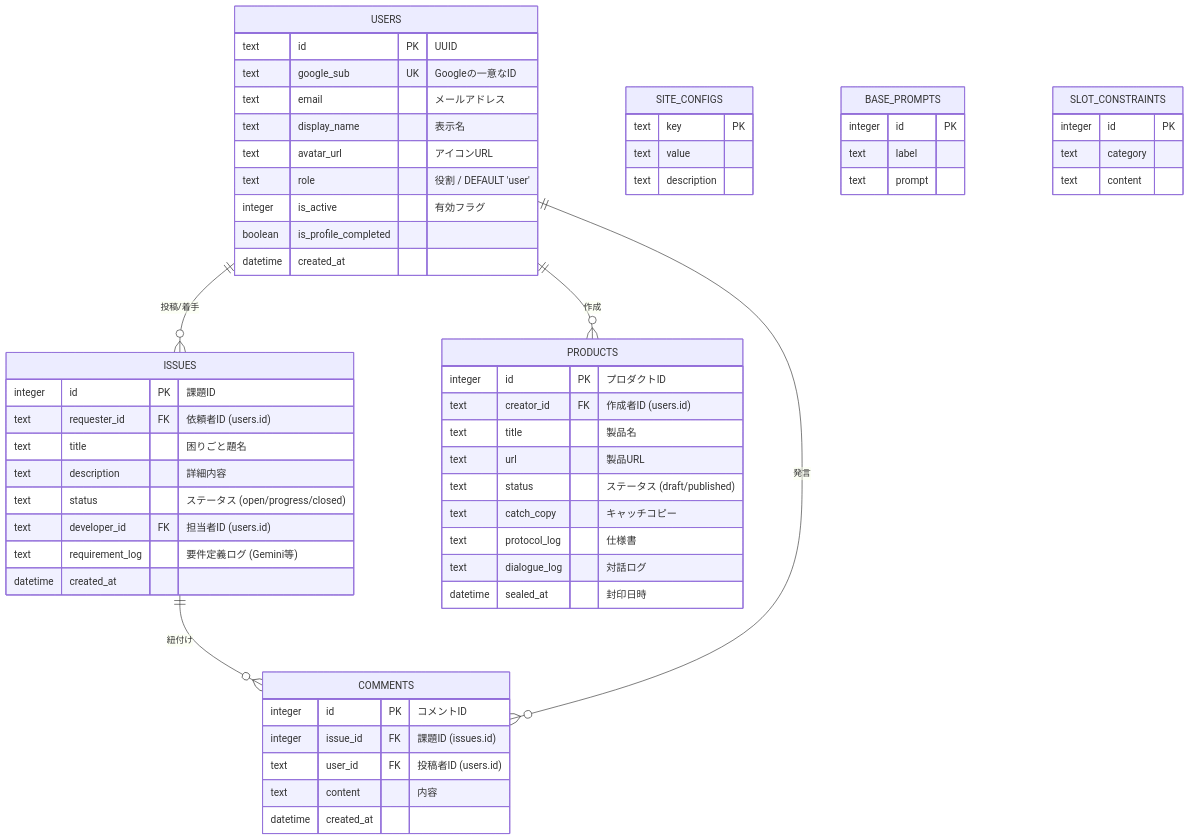
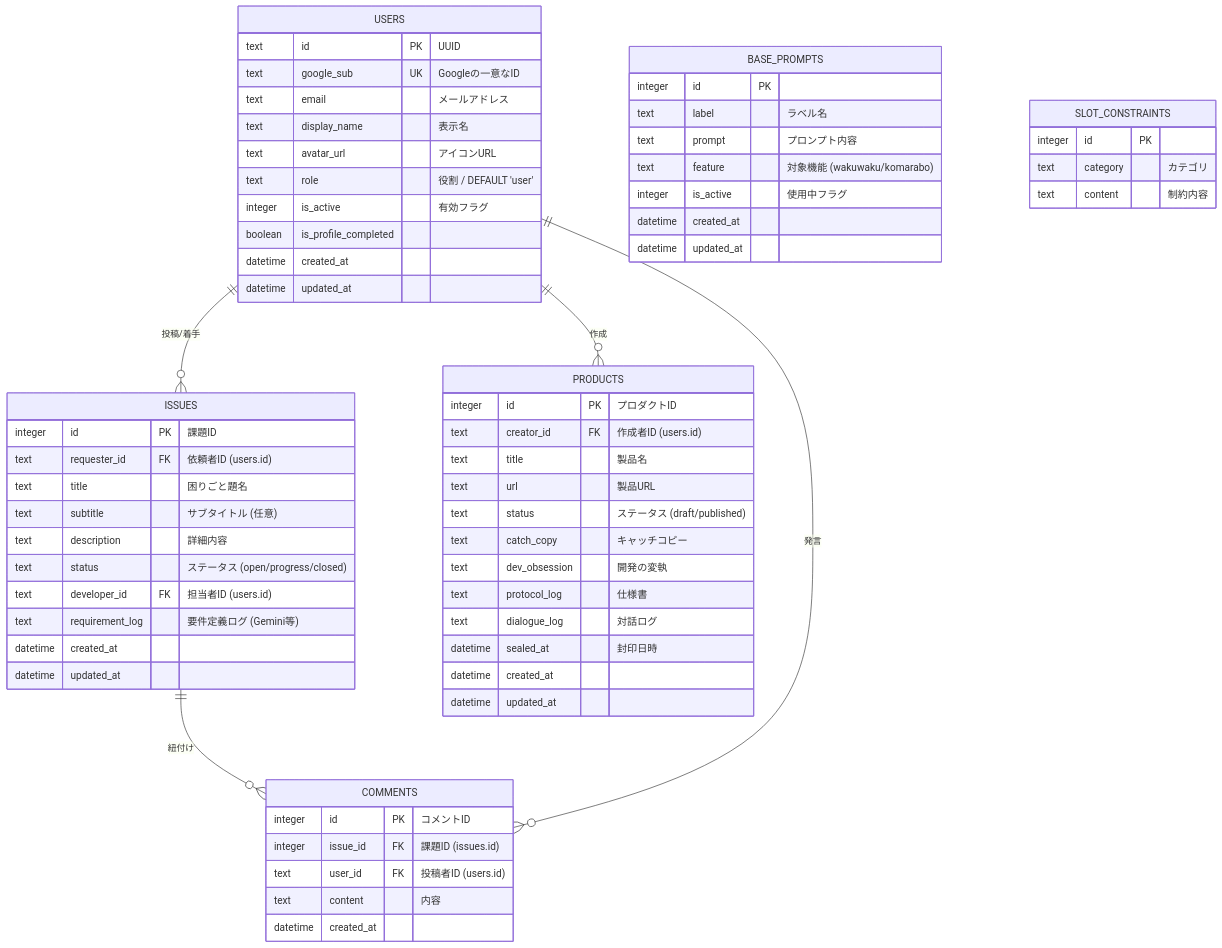
One commit to matsutanishimpei/m-komarabo-v2 changed the first of 2 diagrams in DOCS_SUMMARY.md. Above: the diagram before and after it, drawn with Mermaid. The commit also changed other lines of this file and 3 other files, not shown here.

````diff
--- a/DOCS_SUMMARY.md
+++ b/DOCS_SUMMARY.md
@@ -53,68 +56,72 @@
 ```mermaid
 erDiagram
     USERS {
         text id PK "UUID"
         text google_sub UK "Googleの一意なID"
         text email "メールアドレス"
         text display_name "表示名"
         text avatar_url "アイコンURL"
         text role "役割 / DEFAULT 'user'"
         integer is_active "有効フラグ"
         boolean is_profile_completed
         datetime created_at
+        datetime updated_at
     }
 
     ISSUES {
         integer id PK "課題ID"
         text requester_id FK "依頼者ID (users.id)"
         text title "困りごと題名"
+        text subtitle "サブタイトル (任意)"
         text description "詳細内容"
         text status "ステータス (open/progress/closed)"
         text developer_id FK "担当者ID (users.id)"
         text requirement_log "要件定義ログ (Gemini等)"
         datetime created_at
+        datetime updated_at
     }
 
     COMMENTS {
         integer id PK "コメントID"
         integer issue_id FK "課題ID (issues.id)"
         text user_id FK "投稿者ID (users.id)"
         text content "内容"
         datetime created_at
     }
 
     PRODUCTS {
         integer id PK "プロダクトID"
         text creator_id FK "作成者ID (users.id)"
         text title "製品名"
         text url "製品URL"
         text status "ステータス (draft/published)"
         text catch_copy "キャッチコピー"
+        text dev_obsession "開発の変執"
         text protocol_log "仕様書"
         text dialogue_log "対話ログ"
         datetime sealed_at "封印日時"
-    }
-
-    SITE_CONFIGS {
-        text key PK
-        text value
-        text description
+        datetime created_at
+        datetime updated_at
     }
 
     BASE_PROMPTS {
         integer id PK
-        text label
-        text prompt
+        text label "ラベル名"
+        text prompt "プロンプト内容"
+        text feature "対象機能 (wakuwaku/komarabo)"
+        integer is_active "使用中フラグ"
+        datetime created_at
+        datetime updated_at
     }
 
     SLOT_CONSTRAINTS {
         integer id PK
-        text category
-        text content
+        text category "カテゴリ"
+        text content "制約内容"
     }
 
     USERS ||--o{ ISSUES : "投稿/着手"
     ISSUES ||--o{ COMMENTS : "紐付け"
     USERS ||--o{ COMMENTS : "発言"
     USERS ||--o{ PRODUCTS : "作成"
 ```
````
